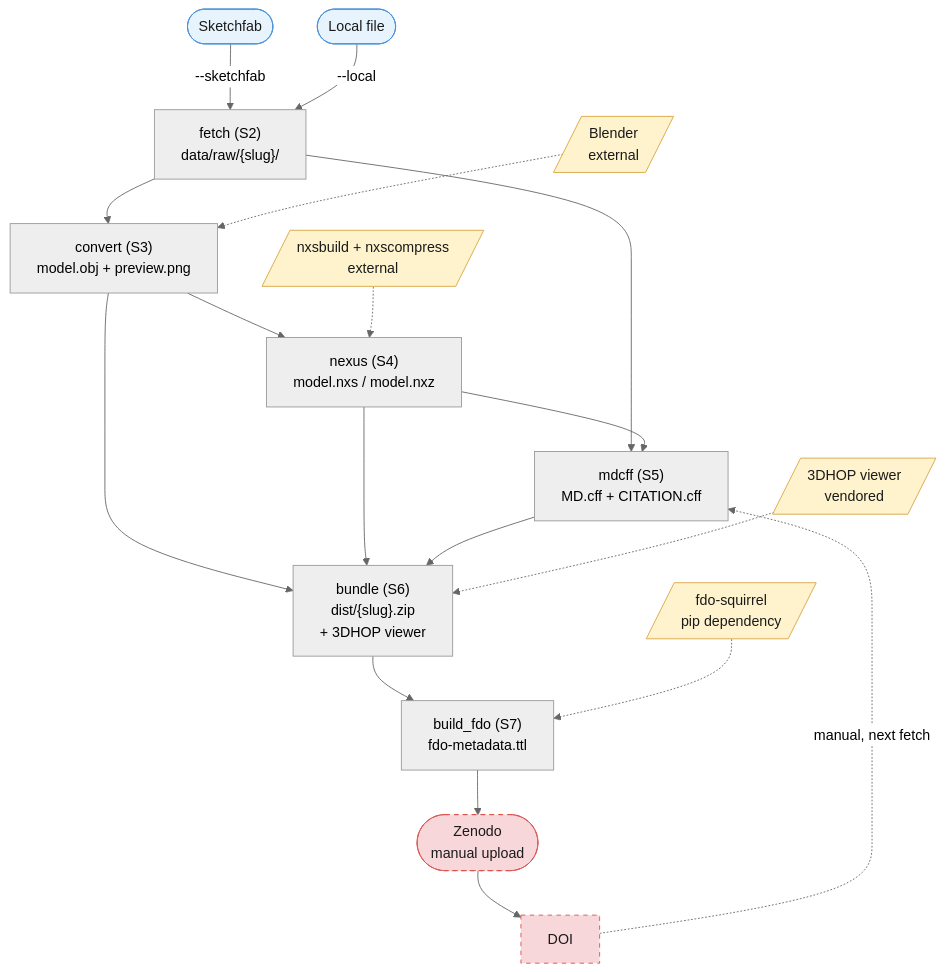
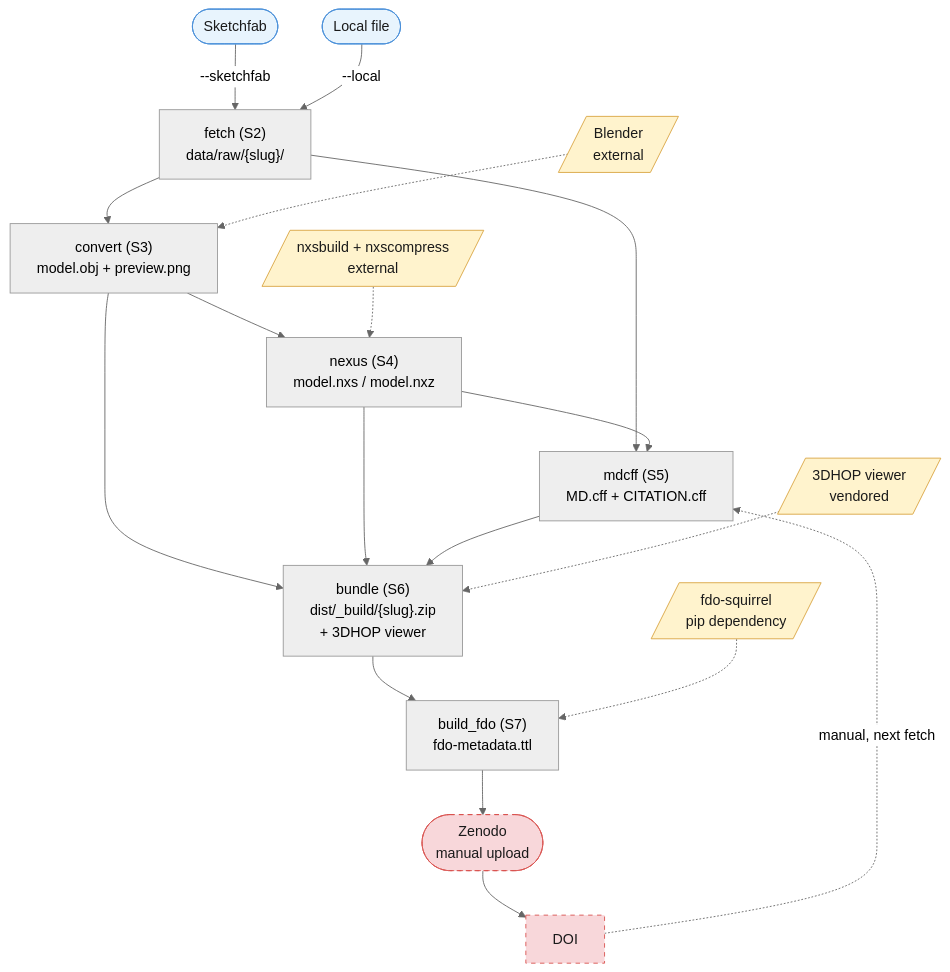
The diagram in README.md (FDOx-squirrel/fdo-3d-packager), drawn with Mermaid (neutral theme) before and after one commit. The commit also changed other lines of this file and 13 other files, not shown here.

````diff
--- a/README.md
+++ b/README.md
@@ -16,44 +16,44 @@
 ```mermaid
 flowchart TD
     SF([Sketchfab]):::ext
     LF([Local file]):::ext
 
     S2["fetch (S2)\ndata/raw/{slug}/"]
     S3["convert (S3)\nmodel.obj + preview.png"]
     S4["nexus (S4)\nmodel.nxs / model.nxz"]
     S5["mdcff (S5)\nMD.cff + CITATION.cff"]
-    S6["bundle (S6)\ndist/{slug}.zip\n+ 3DHOP viewer"]
+    S6["bundle (S6)\ndist/_build/{slug}.zip\n+ 3DHOP viewer"]
     S7["build_fdo (S7)\nfdo-metadata.ttl"]
 
     BLENDER[/Blender\nexternal/]:::tool
     NEXUSBIN[/nxsbuild + nxscompress\nexternal/]:::tool
     SQUIRREL[/fdo-squirrel\npip dependency/]:::tool
     VIEWER[/3DHOP viewer\nvendored/]:::tool
 
     ZENODO(["Zenodo\nmanual upload"]):::manual
     DOI["DOI"]:::manual
 
     SF -->|"--sketchfab"| S2
     LF -->|"--local"| S2
     S2 --> S3
     S3 --> S4
     S2 --> S5
     S4 --> S5
     S3 --> S6
     S4 --> S6
     S5 --> S6
     S6 --> S7
 
     BLENDER -.-> S3
     NEXUSBIN -.-> S4
     VIEWER -.-> S6
     SQUIRREL -.-> S7
 
     S7 --> ZENODO
     ZENODO --> DOI
     DOI -.->|"manual, next fetch"| S5
 
     classDef ext fill:#e8f4fd,stroke:#4a90d9,color:#1a1a1a
     classDef tool fill:#fff3cd,stroke:#d9a441,color:#1a1a1a
     classDef manual fill:#f8d7da,stroke:#d9534f,color:#1a1a1a,stroke-dasharray: 5 5
 ```
````
